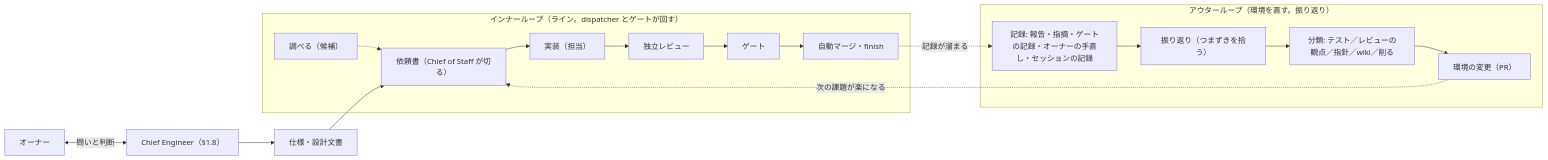
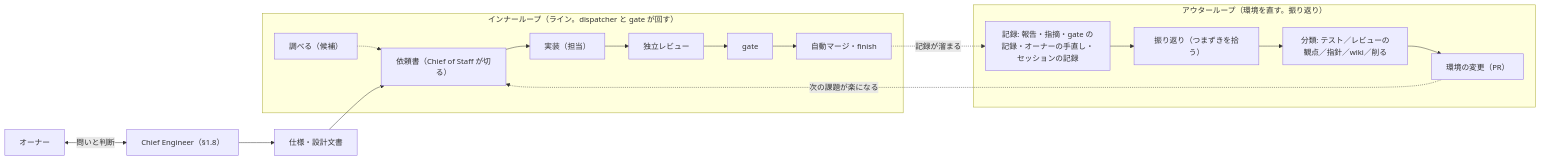
One commit to mitaku/andon changed the first of 3 diagrams in docs/design.md. Above: the diagram before and after it, drawn with Mermaid. The commit also changed other lines of this file and 2 other files, not shown here.

First line of the commit message:
docs/design.md の「台帳」「ゲート」「版」を kanban・gate・バージョンに替え、語の検査の範囲に足す (#394)

````diff
--- a/docs/design.md
+++ b/docs/design.md
@@ -112,15 +112,15 @@
 ```mermaid
 flowchart LR
   H["オーナー"] <-- "問いと判断" --> CE["Chief Engineer（§1.8）"]
   CE --> DOC["仕様・設計文書"]
-  subgraph INNER["インナーループ（ライン。dispatcher とゲートが回す）"]
+  subgraph INNER["インナーループ（ライン。dispatcher と gate が回す）"]
     S["調べる（候補）"] -.-> B
-    B["依頼書（Chief of Staff が切る）"] --> I["実装（担当）"] --> R["独立レビュー"] --> G["ゲート"] --> M["自動マージ・finish"]
+    B["依頼書（Chief of Staff が切る）"] --> I["実装（担当）"] --> R["独立レビュー"] --> G["gate"] --> M["自動マージ・finish"]
   end
   DOC --> B
   subgraph OUTER["アウターループ（環境を直す。振り返り）"]
-    REC["記録: 報告・指摘・ゲートの記録・オーナーの手直し・セッションの記録"] --> RT["振り返り（つまずきを拾う）"] --> CL["分類: テスト／レビューの観点／指針／wiki／削る"] --> ENV["環境の変更（PR）"]
+    REC["記録: 報告・指摘・gate の記録・オーナーの手直し・セッションの記録"] --> RT["振り返り（つまずきを拾う）"] --> CL["分類: テスト／レビューの観点／指針／wiki／削る"] --> ENV["環境の変更（PR）"]
   end
   M -. "記録が溜まる" .-> REC
   ENV -. "次の課題が楽になる" .-> B
 ```
````
